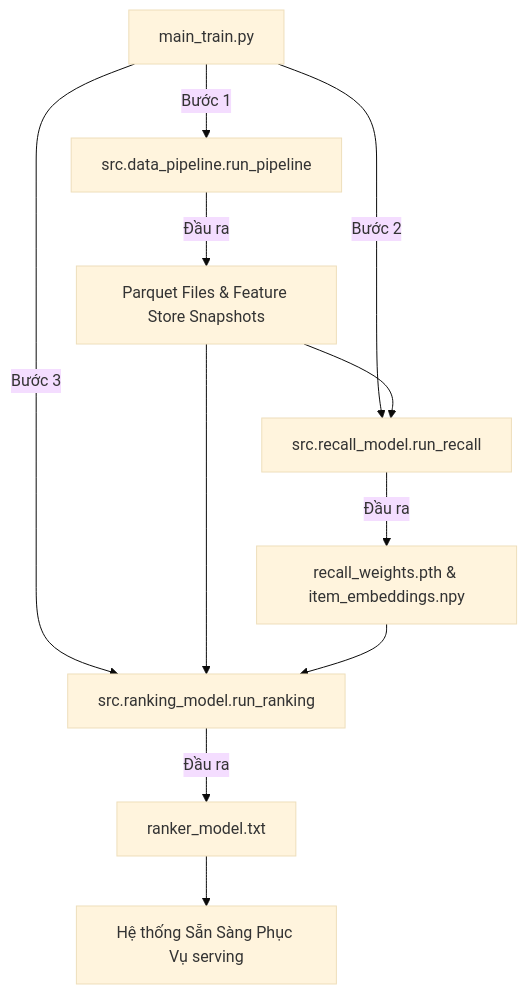
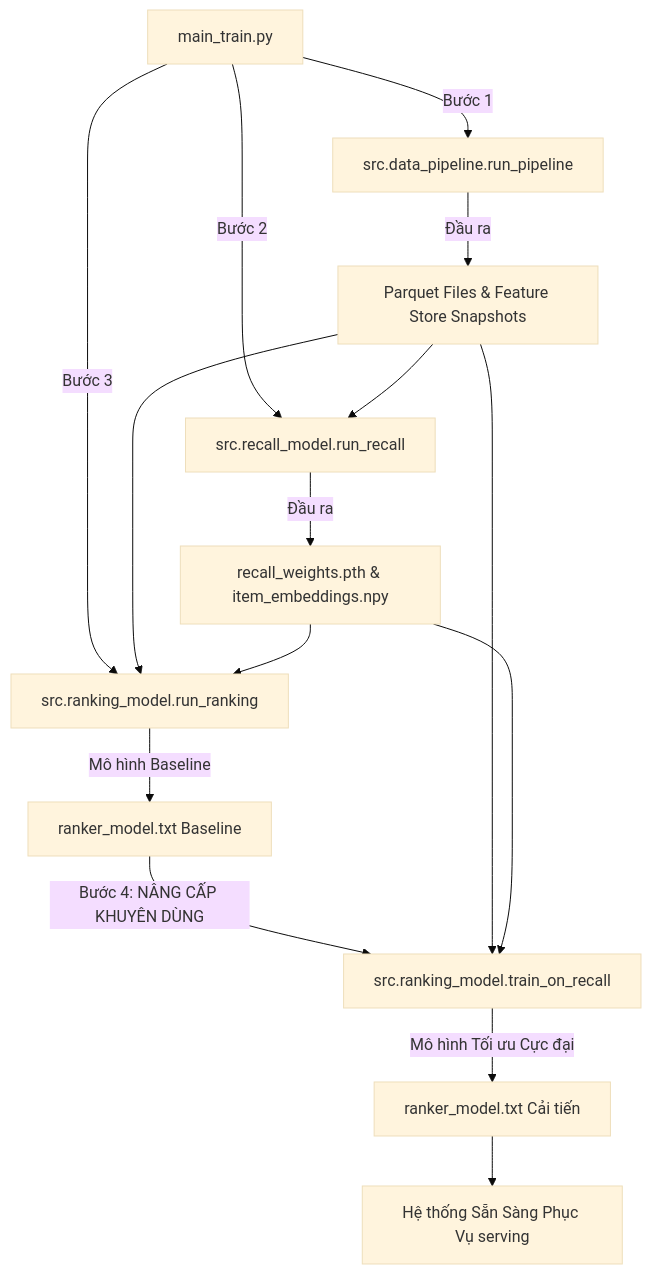
The diagram in artifact/model_tuning_guide.md (doananhhung/ecommerce-recommendation-system), drawn with Mermaid (base theme) before and after one commit. The commit also changed other lines of this file and 1 other file, not shown here.

Commit message:
docs: update model tuning guide with train-on-recall details

````diff
--- a/artifact/model_tuning_guide.md
+++ b/artifact/model_tuning_guide.md
@@ -105,16 +121,21 @@
 ```mermaid
 graph TD
     A[main_train.py] -->|Bước 1| B[src.data_pipeline.run_pipeline]
     B -->|Đầu ra| B_out[Parquet Files & Feature Store Snapshots]
     
     A -->|Bước 2| C[src.recall_model.run_recall]
     B_out --> C
     C -->|Đầu ra| C_out[recall_weights.pth & item_embeddings.npy]
     
     A -->|Bước 3| D[src.ranking_model.run_ranking]
     B_out --> D
     C_out --> D
-    D -->|Đầu ra| D_out[ranker_model.txt]
+    D -->|Mô hình Baseline| D_out[ranker_model.txt Baseline]
     
-    D_out --> E[Hệ thống Sẵn Sàng Phục Vụ serving]
+    D_out -->|Bước 4: NÂNG CẤP KHUYÊN DÙNG| F[src.ranking_model.train_on_recall]
+    B_out --> F
+    C_out --> F
+    F -->|Mô hình Tối ưu Cực đại| G[ranker_model.txt Cải tiến]
+    
+    G --> H[Hệ thống Sẵn Sàng Phục Vụ serving]
 ```
````
